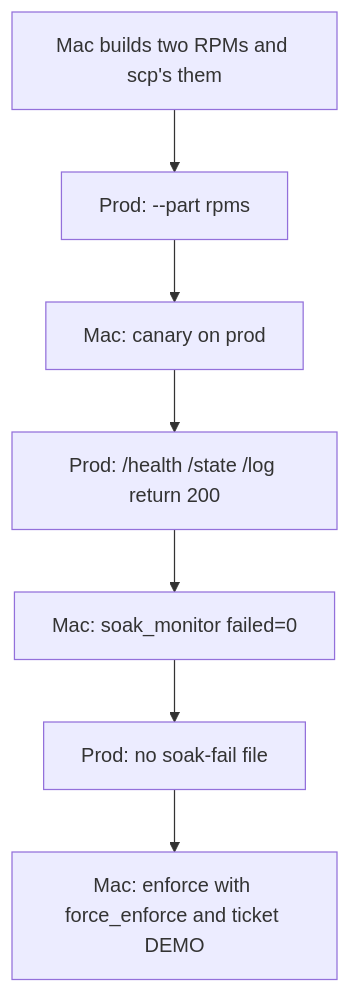
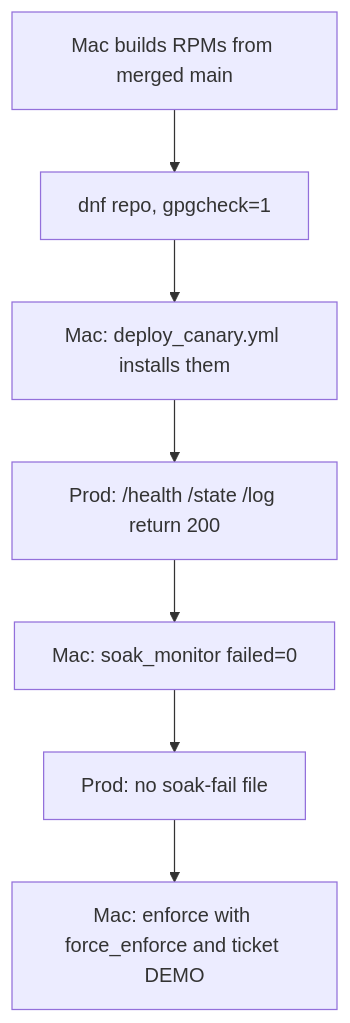
One commit to anurag-saran/selinux-pac changed the seventh of 8 diagrams in docs/demo/203-RHEL_TWO_HOST.md. Above: the diagram before and after it, drawn with Mermaid. The commit also changed other lines of this file and 6 other files, not shown here.

First line of the commit message:
Ship production RPMs from merged main through a signed dnf repo.

````diff
--- a/docs/demo/203-RHEL_TWO_HOST.md
+++ b/docs/demo/203-RHEL_TWO_HOST.md
@@ -148,9 +148,9 @@
 ```mermaid
 flowchart TD
-  rpm["Mac builds two RPMs and scp's them"] --> inst["Prod: --part rpms"]
-  inst --> canary["Mac: canary on prod"]
+  rpm["Mac builds RPMs from merged main"] --> repo["dnf repo, gpgcheck=1"]
+  repo --> canary["Mac: deploy_canary.yml installs them"]
   canary --> soak["Prod: /health /state /log return 200"]
   soak --> mon["Mac: soak_monitor failed=0"]
   mon --> empty["Prod: no soak-fail file"]
   empty --> enf["Mac: enforce with force_enforce and ticket DEMO"]
 ```
````
